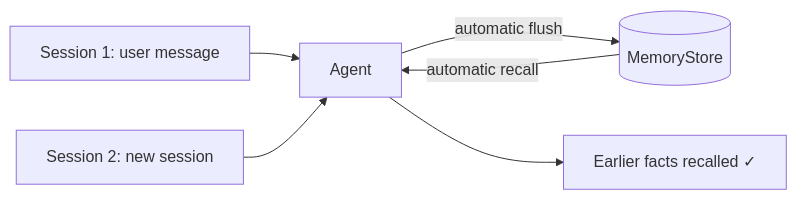
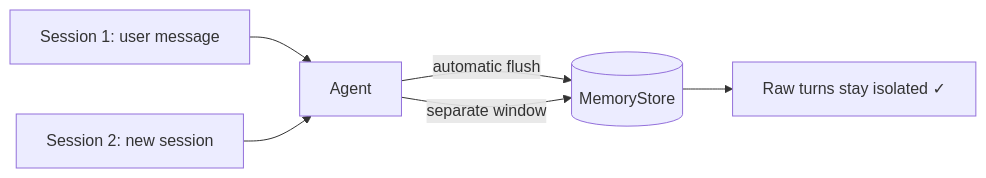
The diagram in docs/examples/memory.md (axsaucedo/kaos), drawn with Mermaid before and after one commit. The commit also changed other lines of this file and 2 other files, not shown here.

````diff
--- a/docs/examples/memory.md
+++ b/docs/examples/memory.md
@@ -26,8 +26,8 @@
 ```mermaid
 graph LR
     U1[Session 1: user message] --> A[Agent]
     A -->|automatic flush| M[(MemoryStore)]
     U2[Session 2: new session] --> A
-    M -->|automatic recall| A
-    A --> R[Earlier facts recalled ✓]
+    A -->|separate window| M
+    M --> R[Raw turns stay isolated ✓]
 ```
````
